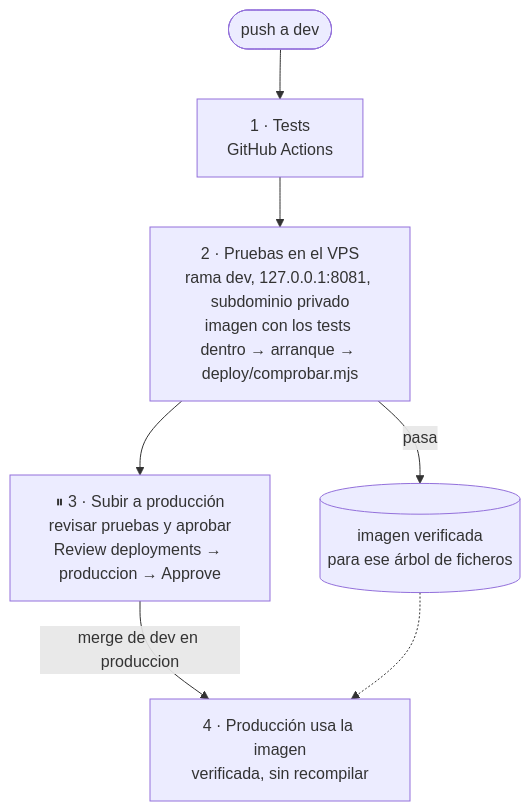
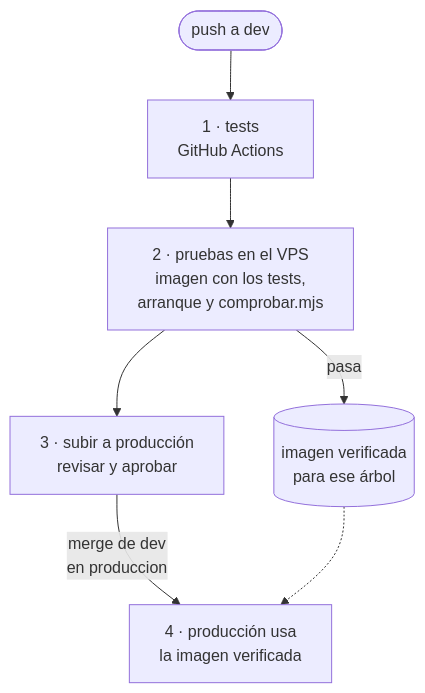
Before and after one commit to FlorinTodor/radar-es: the second of 2 diagrams in docs/despliegue.md, drawn with Mermaid. The commit also changed other lines of this file and 1 other file, not shown here.

Commit message:
Diagramas legibles en GitHub: en vertical y con textos cortos (no se cortan ni se encogen); la arquitectura, en capas con una tabla de lo que hay en cada una

````diff
--- a/docs/despliegue.md
+++ b/docs/despliegue.md
@@ -31,9 +31,9 @@
 ```mermaid
 flowchart TB
-  push(["push a dev"]) --> t["1 · Tests<br/>GitHub Actions"]
-  t --> p["2 · Pruebas en el VPS<br/>rama dev, 127.0.0.1:8081, subdominio privado<br/>imagen con los tests dentro → arranque → deploy/comprobar.mjs"]
-  p -->|"pasa"| v[("imagen verificada<br/>para ese árbol de ficheros")]
-  p --> ap["⏸ 3 · Subir a producción<br/>revisar pruebas y aprobar<br/>Review deployments → produccion → Approve"]
-  ap -->|"merge de dev en produccion"| prod["4 · Producción usa la imagen<br/>verificada, sin recompilar"]
+  push(["push a dev"]) --> t["1 · tests<br/>GitHub Actions"]
+  t --> p["2 · pruebas en el VPS<br/>imagen con los tests,<br/>arranque y comprobar.mjs"]
+  p -->|"pasa"| v[("imagen verificada<br/>para ese árbol")]
+  p --> ap["3 · subir a producción<br/>revisar y aprobar"]
+  ap -->|"merge de dev<br/>en produccion"| prod["4 · producción usa<br/>la imagen verificada"]
   v -.-> prod
 ```
````
